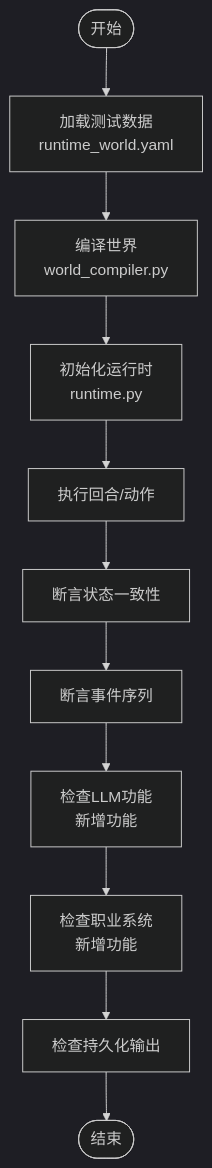
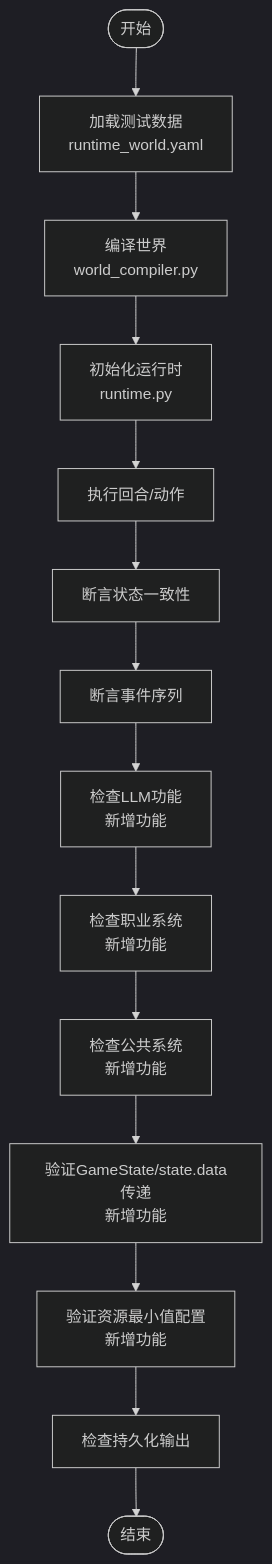
Before and after one commit to Ivandanslespace/thegreatnovel: the third of 4 diagrams in .qoder/repowiki/zh/content/测试指南.md, drawn with Mermaid (dark theme). The commit also changed other lines of this file and 69 other files, not shown here.

````diff
--- a/.qoder/repowiki/zh/content/测试指南.md
+++ b/.qoder/repowiki/zh/content/测试指南.md
@@ -258,13 +279,16 @@
 ```mermaid
 flowchart TD
 Start(["开始"]) --> LoadFixture["加载测试数据<br/>runtime_world.yaml"]
 LoadFixture --> CompileWorld["编译世界<br/>world_compiler.py"]
 CompileWorld --> InitRuntime["初始化运行时<br/>runtime.py"]
 InitRuntime --> ExecuteTurns["执行回合/动作"]
 ExecuteTurns --> CheckState["断言状态一致性"]
 CheckState --> CheckEvents["断言事件序列"]
 CheckEvents --> CheckLLM["检查LLM功能<br/>新增功能"]
 CheckLLM --> CheckProfessions["检查职业系统<br/>新增功能"]
-CheckProfessions --> PersistCheck["检查持久化输出"]
+CheckProfessions --> CheckPublicSystem["检查公共系统<br/>新增功能"]
+CheckPublicSystem --> CheckGameState["验证GameState/state.data传递<br/>新增功能"]
+CheckGameState --> CheckResourceMin["验证资源最小值配置<br/>新增功能"]
+CheckResourceMin --> PersistCheck["检查持久化输出"]
 PersistCheck --> End(["结束"])
 ```
````
